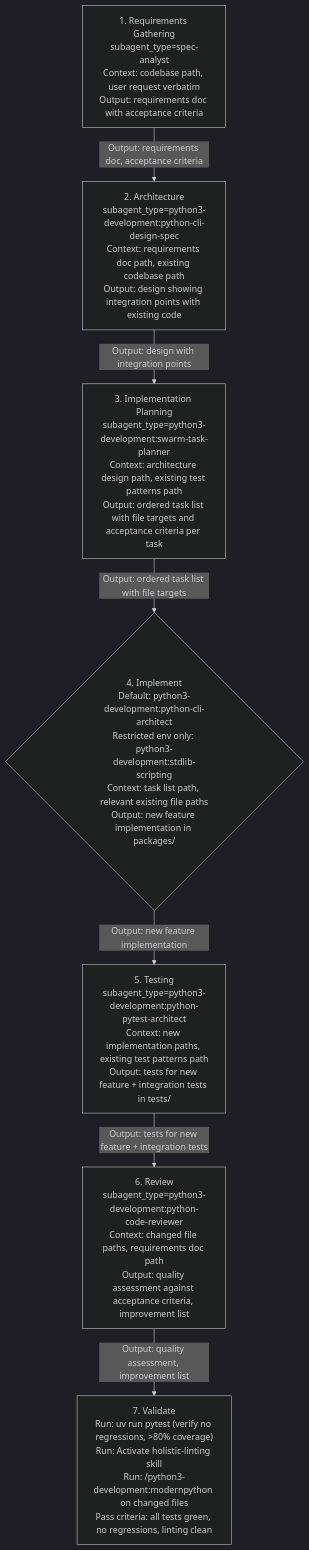
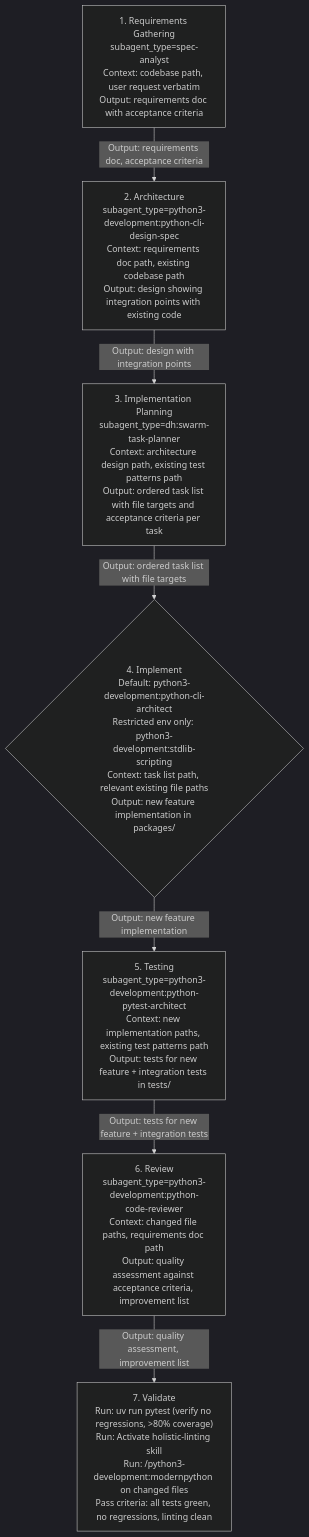
One commit to chgreer1070/claude_skills changed the second of 6 diagrams in plugins/python3-development/skills/python3-development/references/python-development-orchestration.md. Above: the diagram before and after it, drawn with Mermaid (dark theme). The commit also changed other lines of this file and 25 other files, not shown here.

First line of the commit message:
refactor(python3-development): complete Phase 4 agent deduplication and fix sam migrate

````diff
--- a/plugins/python3-development/skills/python3-development/references/python-development-orchestration.md
+++ b/plugins/python3-development/skills/python3-development/references/python-development-orchestration.md
@@ -99,16 +99,16 @@
 ```mermaid
 flowchart TD
     S1["1. Requirements Gathering<br>subagent_type=spec-analyst<br>Context: codebase path, user request verbatim<br>Output: requirements doc with acceptance criteria"]
     S2["2. Architecture<br>subagent_type=python3-development:python-cli-design-spec<br>Context: requirements doc path, existing codebase path<br>Output: design showing integration points with existing code"]
-    S3["3. Implementation Planning<br>subagent_type=python3-development:swarm-task-planner<br>Context: architecture design path, existing test patterns path<br>Output: ordered task list with file targets and acceptance criteria per task"]
+    S3["3. Implementation Planning<br>subagent_type=dh:swarm-task-planner<br>Context: architecture design path, existing test patterns path<br>Output: ordered task list with file targets and acceptance criteria per task"]
     S4{"4. Implement<br>Default: python3-development:python-cli-architect<br>Restricted env only: python3-development:stdlib-scripting<br>Context: task list path, relevant existing file paths<br>Output: new feature implementation in packages/"}
     S5["5. Testing<br>subagent_type=python3-development:python-pytest-architect<br>Context: new implementation paths, existing test patterns path<br>Output: tests for new feature + integration tests in tests/"]
     S6["6. Review<br>subagent_type=python3-development:python-code-reviewer<br>Context: changed file paths, requirements doc path<br>Output: quality assessment against acceptance criteria, improvement list"]
     S7["7. Validate<br>Run: uv run pytest (verify no regressions, >80% coverage)<br>Run: Activate holistic-linting skill<br>Run: /python3-development:modernpython on changed files<br>Pass criteria: all tests green, no regressions, linting clean"]
     S1 -->|"Output: requirements doc, acceptance criteria"| S2
     S2 -->|"Output: design with integration points"| S3
     S3 -->|"Output: ordered task list with file targets"| S4
     S4 -->|"Output: new feature implementation"| S5
     S5 -->|"Output: tests for new feature + integration tests"| S6
     S6 -->|"Output: quality assessment, improvement list"| S7
 ```
````
